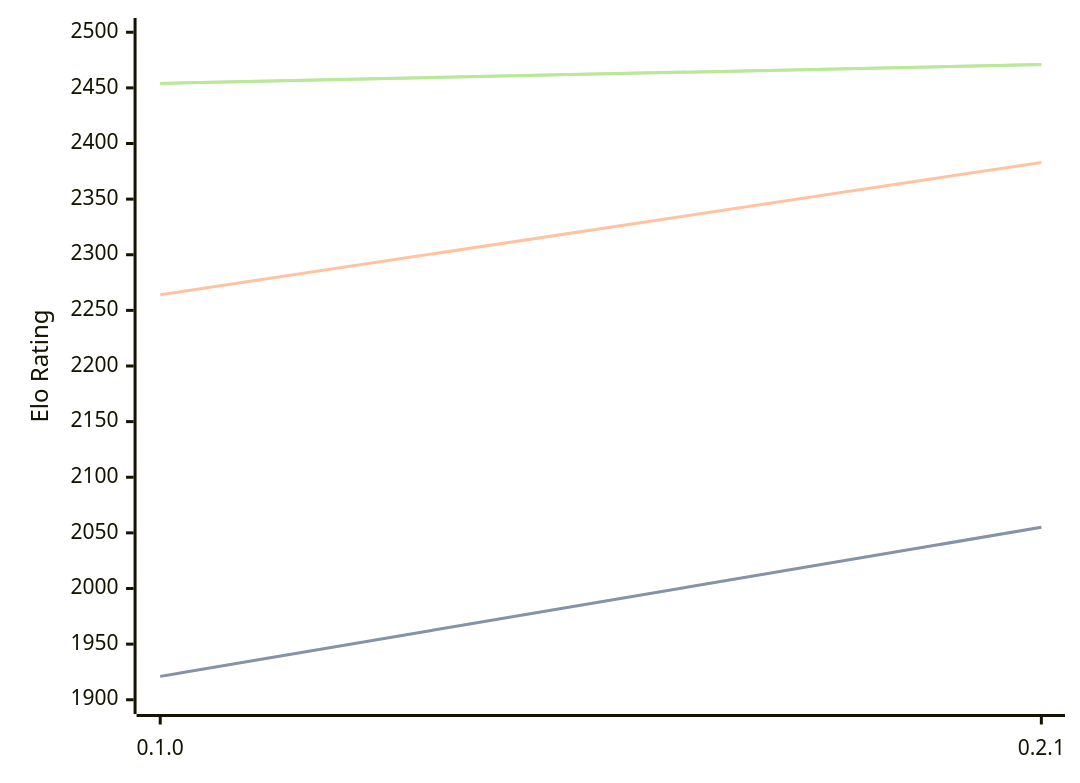
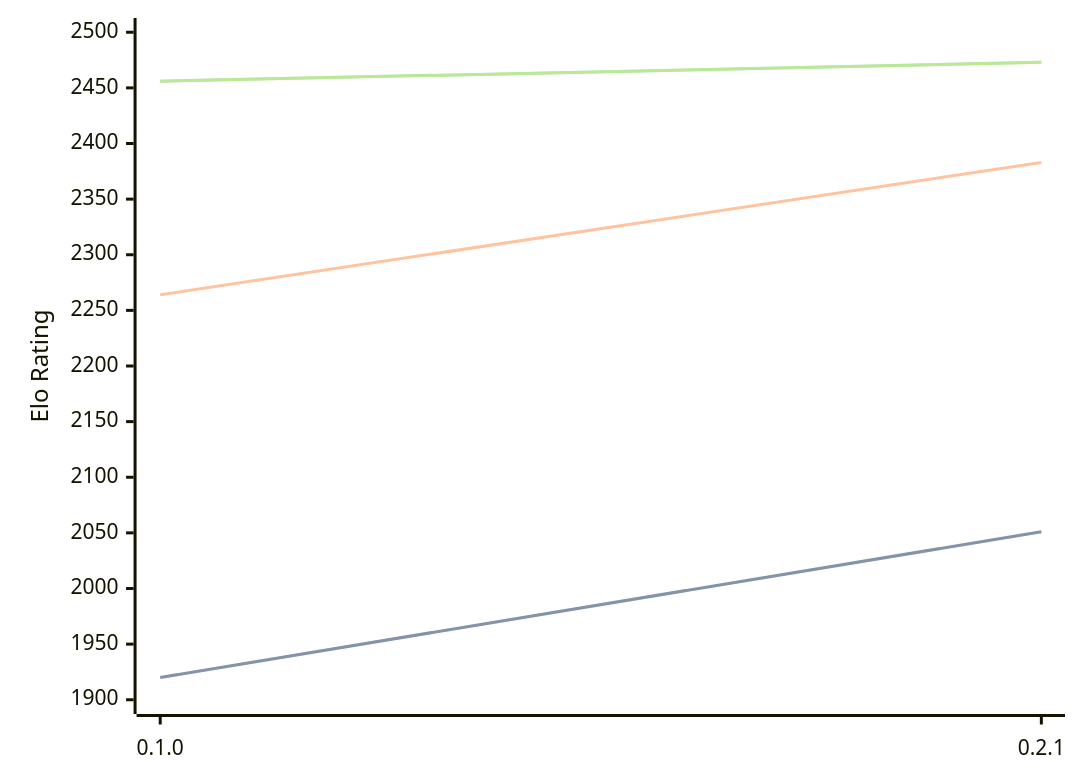
Before and after one commit to computer-chess-index/cci: the diagram in engines/Sykora.md, drawn with Mermaid. The commit also changed other lines of this file, not shown here.

Commit message:
Update CCI Ratings (ELO VLTC) - 2026-04-27

````diff
--- a/engines/Sykora.md
+++ b/engines/Sykora.md
@@ -33,11 +33,11 @@
 ```mermaid
 %%{init: {"theme":"base","themeVariables":{"seriesColors:['#a3a3a3','#222221','#faa371']}}}%%
 xychart-beta
   x-axis ["0.1.0", "0.2.1"]
   y-axis "Elo Rating" 1900 --> 2500
-  line "STC (8.0+0.08s)" [1921, 2055]
-  line "STC (8.0+0.08s)" [1921, 2055]
+  line "STC (8.0+0.08s)" [1920, 2051]
+  line "STC (8.0+0.08s)" [1920, 2051]
   line "LTC (60.0+0.60s)" [2264, 2383]
-  line "VLTC (2m24s+1.12s)" [2454, 2471]
-  line "VLTC (2m24s+1.12s)" [2454, 2471]
+  line "VLTC (2m24s+1.12s)" [2456, 2473]
+  line "VLTC (2m24s+1.12s)" [2456, 2473]
 ```
````
